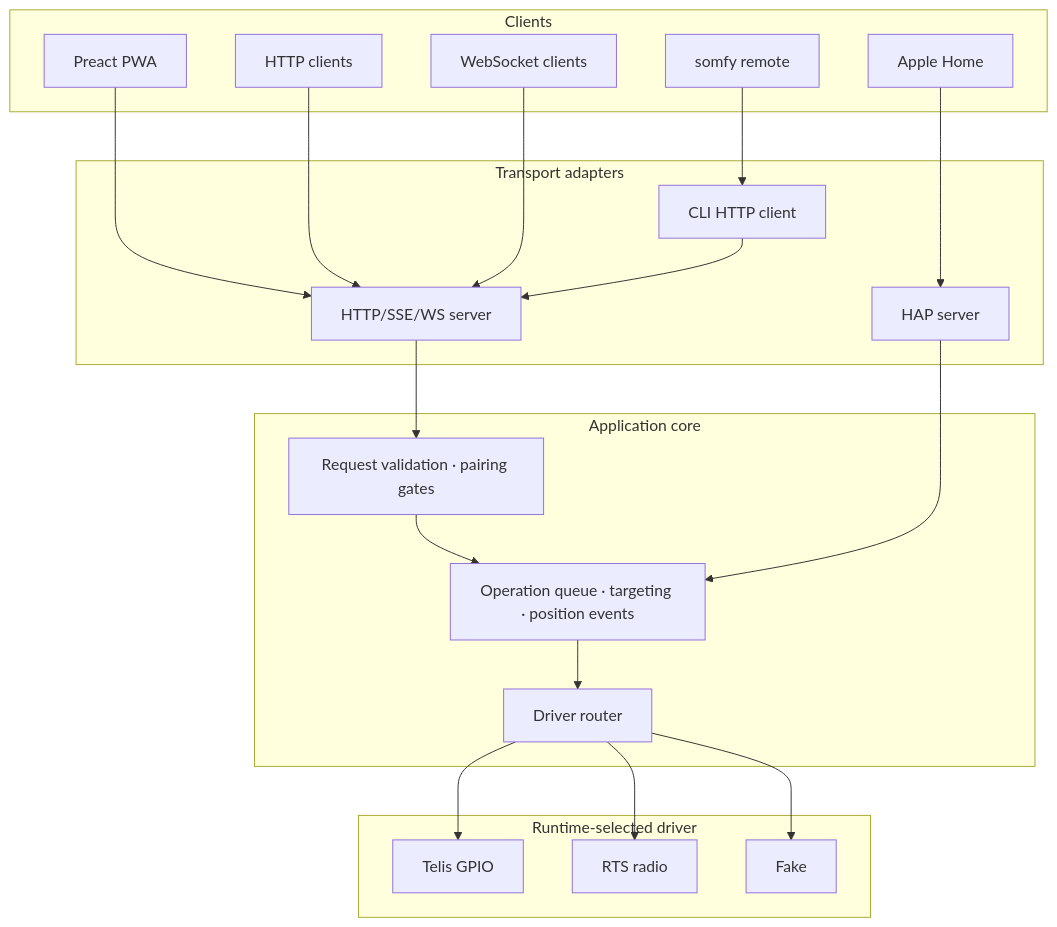
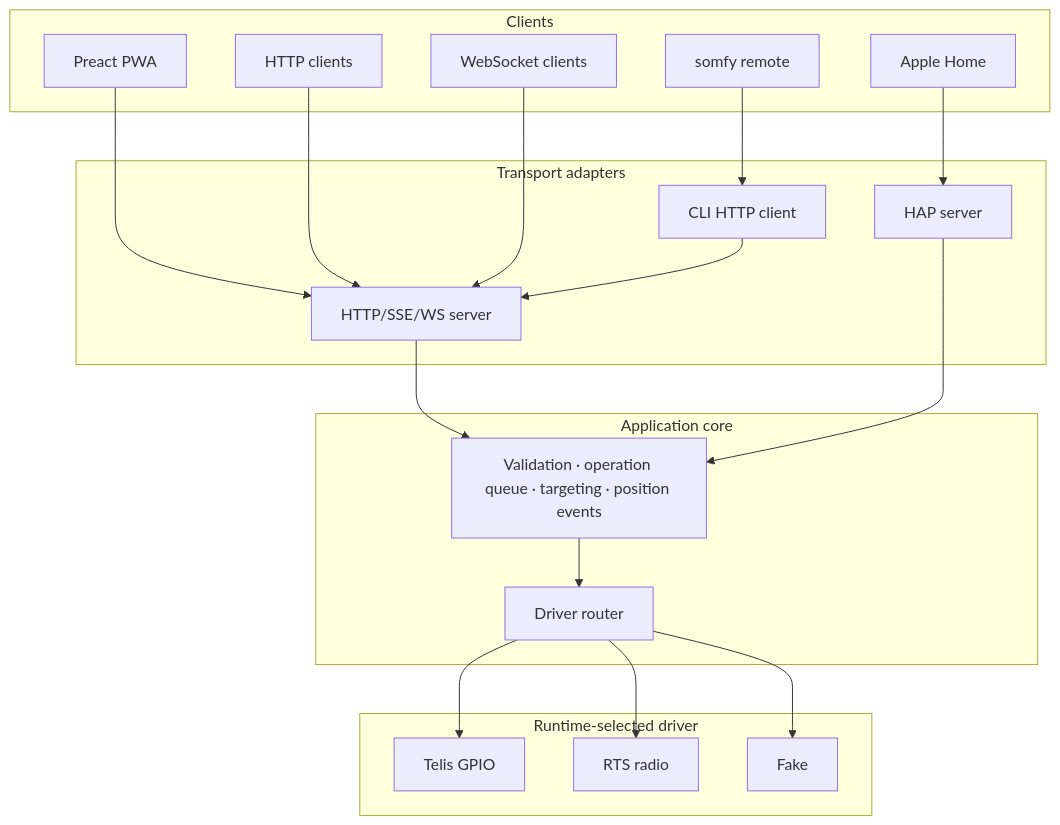
The second of 4 diagrams in docs/ARCHITECTURE.md (melkir/remote-gpio), drawn with Mermaid before and after one commit. The commit also changed other lines of this file, not shown here.

Commit message:
Refactor architecture documentation

````diff
--- a/docs/ARCHITECTURE.md
+++ b/docs/ARCHITECTURE.md
@@ -41,42 +41,40 @@
 ```mermaid
 flowchart TB
   subgraph clients["Clients"]
     pwa["Preact PWA"]
     rest["HTTP clients"]
     ws["WebSocket clients"]
     hk["Apple Home"]
     remote["somfy remote"]
   end
 
   subgraph transports["Transport adapters"]
     axum["HTTP/SSE/WS server"]
     hap["HAP server"]
     cli["CLI HTTP client"]
   end
 
   subgraph application["Application core"]
-    service["Request validation · pairing gates"]
-    controller["Operation queue · targeting · position events"]
+    controller["Validation · operation queue · targeting · position events"]
     router["Driver router"]
   end
 
   subgraph drivers["Runtime-selected driver"]
     telis["Telis GPIO"]
     rts["RTS radio"]
     fake["Fake"]
   end
 
   pwa --> axum
   rest --> axum
   ws --> axum
   remote --> cli --> axum
   hk --> hap
 
-  axum --> service
-  service --> controller
+  axum --> controller
   hap --> controller
   controller --> router
   router --> telis
   router --> rts
   router --> fake
 ```
````
